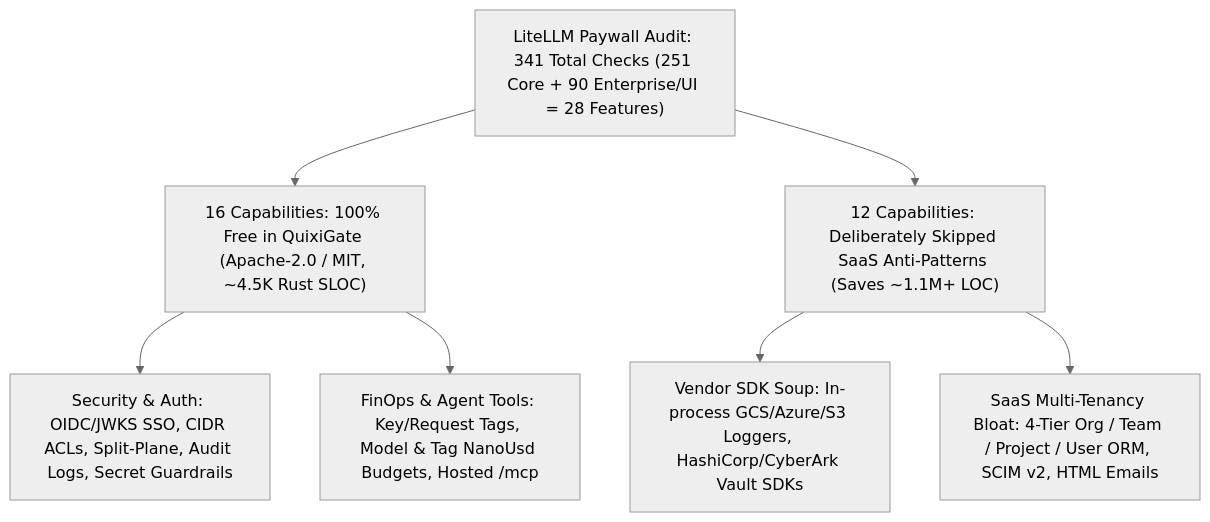
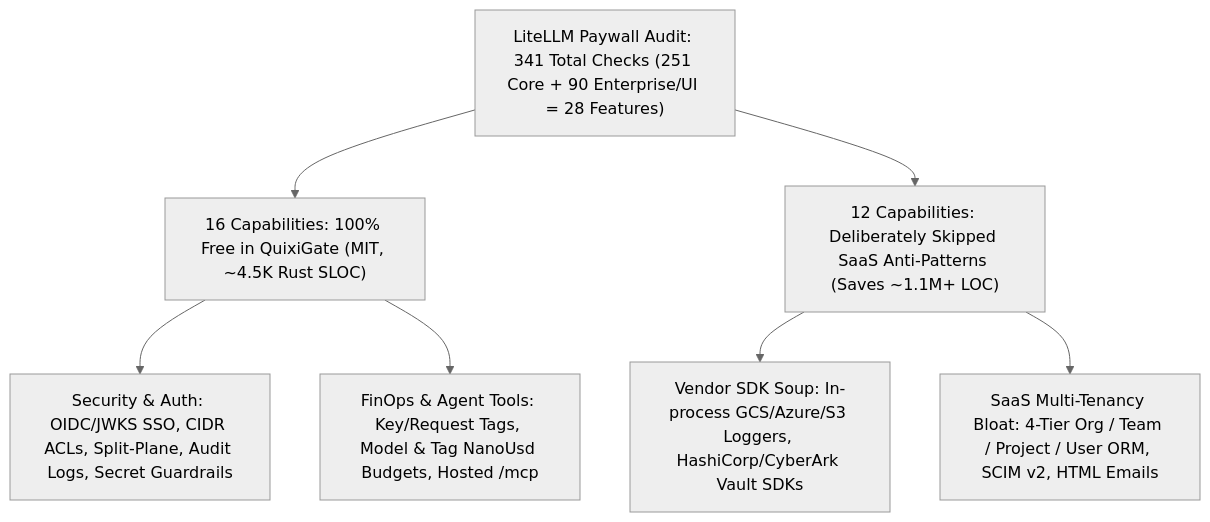
One commit to QuixiAI/QuixiGate changed the second of 2 diagrams in README.md. Above: the diagram before and after it, drawn with Mermaid (neutral theme). The commit also changed other lines of this file and 5 other files, not shown here.

````diff
--- a/README.md
+++ b/README.md
@@ -106,12 +106,12 @@
 ```mermaid
 flowchart TD
     Audit["LiteLLM Paywall Audit: 341 Total Checks (251 Core + 90 Enterprise/UI = 28 Features)"]
-    Audit --> Free["16 Capabilities: 100% Free in QuixiGate (Apache-2.0 / MIT, ~4.5K Rust SLOC)"]
+    Audit --> Free["16 Capabilities: 100% Free in QuixiGate (MIT, ~4.5K Rust SLOC)"]
     Audit --> Skip["12 Capabilities: Deliberately Skipped SaaS Anti-Patterns (Saves ~1.1M+ LOC)"]
 
     Free --> F1["Security & Auth: OIDC/JWKS SSO, CIDR ACLs, Split-Plane, Audit Logs, Secret Guardrails"]
     Free --> F2["FinOps & Agent Tools: Key/Request Tags, Model & Tag NanoUsd Budgets, Hosted /mcp"]
 
     Skip --> S1["Vendor SDK Soup: In-process GCS/Azure/S3 Loggers, HashiCorp/CyberArk Vault SDKs"]
     Skip --> S2["SaaS Multi-Tenancy Bloat: 4-Tier Org / Team / Project / User ORM, SCIM v2, HTML Emails"]
 ```
````
